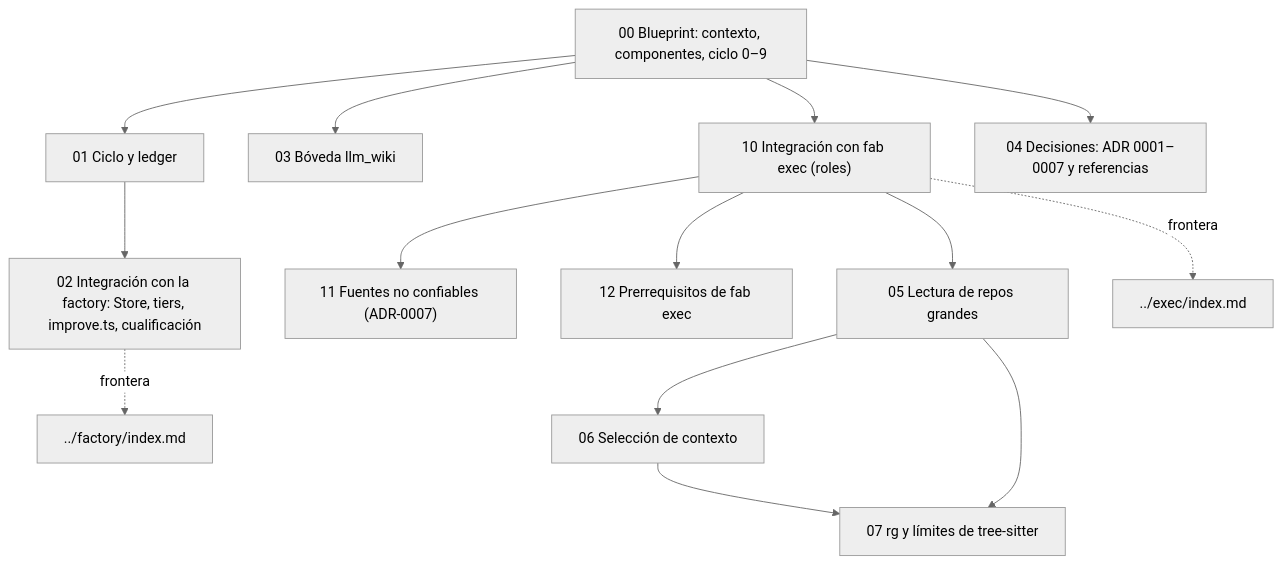
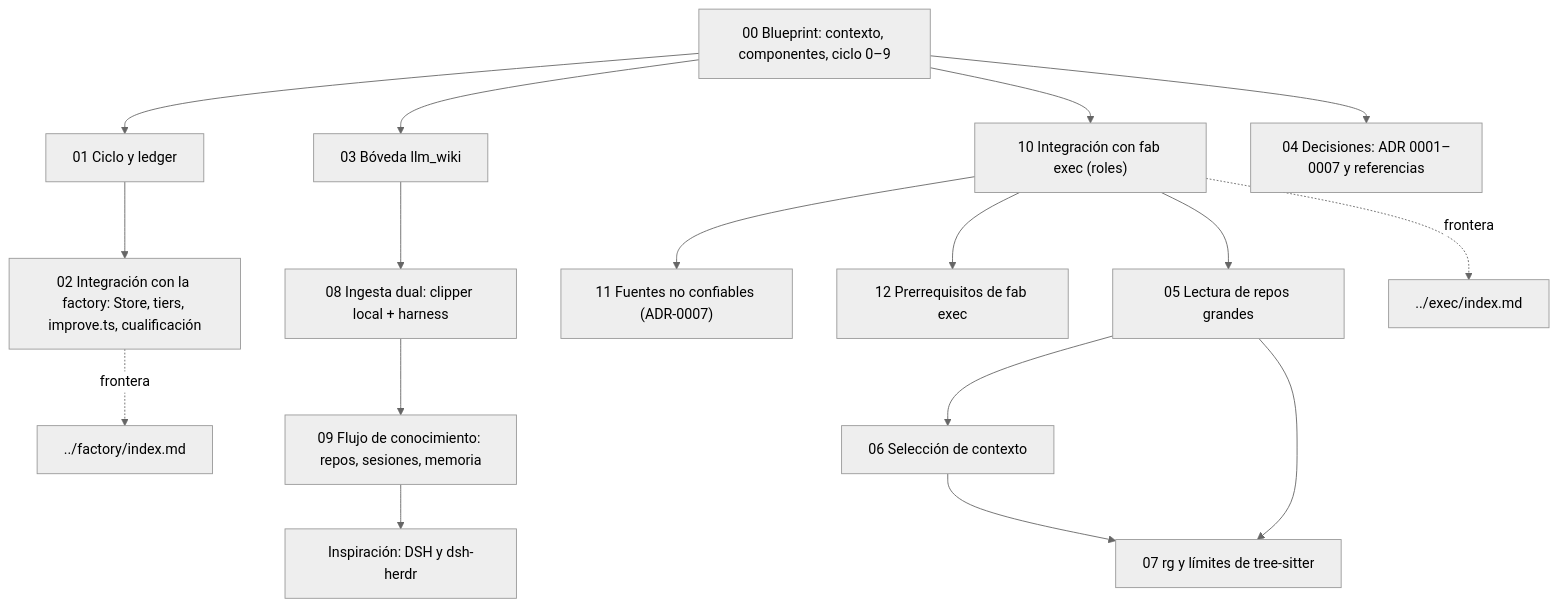
One commit to DarkCodePE/sw-factory changed the diagram in techdocs/docs/investigacion/index.md. Above: the diagram before and after it, drawn with Mermaid (neutral theme). The commit also changed other lines of this file and 10 other files, not shown here.

First line of the commit message:
docs(investigacion): flujo de conocimiento (08, 09), estado real del ciclo y enmienda de ADR-0002

````diff
--- a/techdocs/docs/investigacion/index.md
+++ b/techdocs/docs/investigacion/index.md
@@ -31,16 +33,19 @@
 ```mermaid
 flowchart TD
     A["00 Blueprint: contexto, componentes, ciclo 0–9"] --> B["01 Ciclo y ledger"]
     B --> C["02 Integración con la factory: Store, tiers, improve.ts, cualificación"]
     A --> D["03 Bóveda llm_wiki"]
+    D --> D2["08 Ingesta dual: clipper local + harness"]
+    D2 --> D3["09 Flujo de conocimiento: repos, sesiones, memoria"]
+    D3 --> INSP["Inspiración: DSH y dsh-herdr"]
     A --> E["10 Integración con fab exec (roles)"]
     E --> F["11 Fuentes no confiables (ADR-0007)"]
     E --> G["12 Prerrequisitos de fab exec"]
     A --> H["04 Decisiones: ADR 0001–0007 y referencias"]
     E --> I["05 Lectura de repos grandes"]
     I --> J["06 Selección de contexto"]
     I --> K["07 rg y límites de tree-sitter"]
     J --> K
     C -.->|"frontera"| FAC["../factory/index.md"]
     E -.->|"frontera"| EXE["../exec/index.md"]
 ```
````
